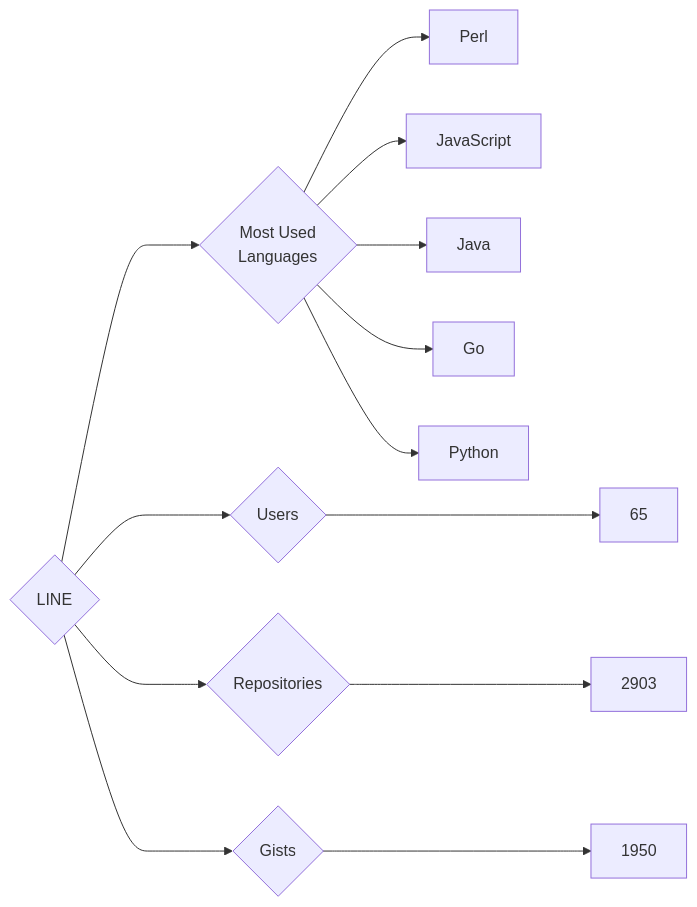
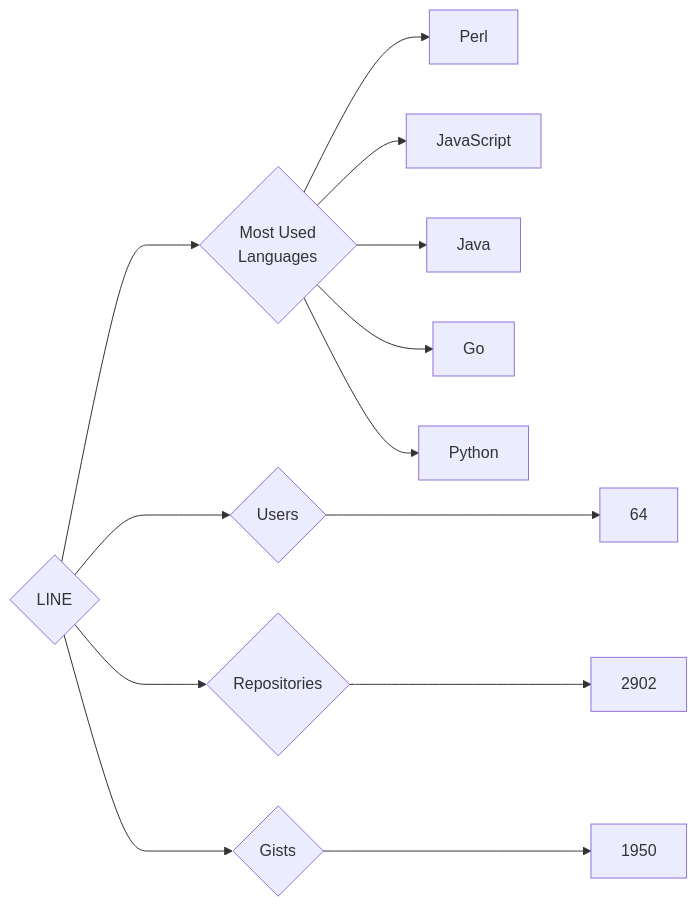
Before and after one commit to trickest/insiders: the diagram in targets/LINE/README.md, drawn with Mermaid. The commit also changed 871 other files, not shown here.

````diff
--- a/targets/LINE/README.md
+++ b/targets/LINE/README.md
@@ -3,13 +3,13 @@
 ```mermaid
 graph LR
 COMPANY_NAME{LINE}
-COMPANY_NAME ---> U{Users} ---> UN[65]
-COMPANY_NAME ---> R{Repositories} ---> RN[2903]
+COMPANY_NAME ---> U{Users} ---> UN[64]
+COMPANY_NAME ---> R{Repositories} ---> RN[2902]
 COMPANY_NAME ---> G{Gists} ---> GN[1950]
 COMPANY_NAME ---> ML{Most Used<br>Languages}
 ML --> Perl[Perl]
 ML --> JavaScript[JavaScript]
 ML --> Java[Java]
 ML --> Go[Go]
 ML --> Python[Python]
 ```
````
